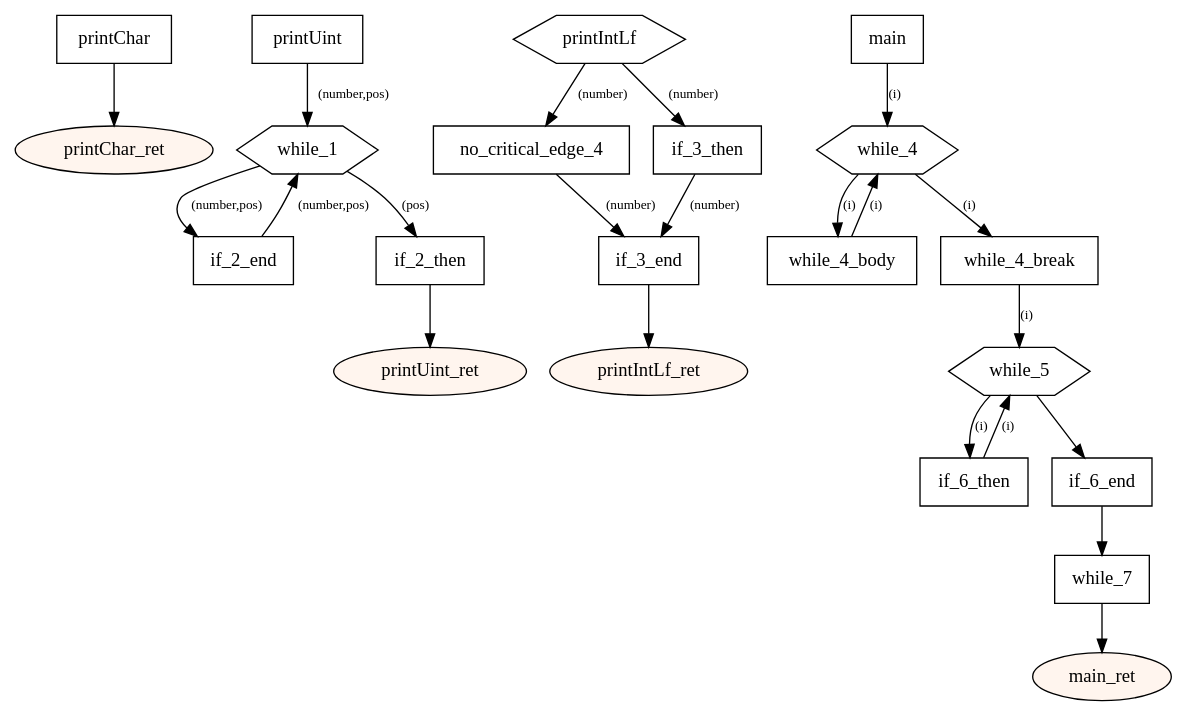
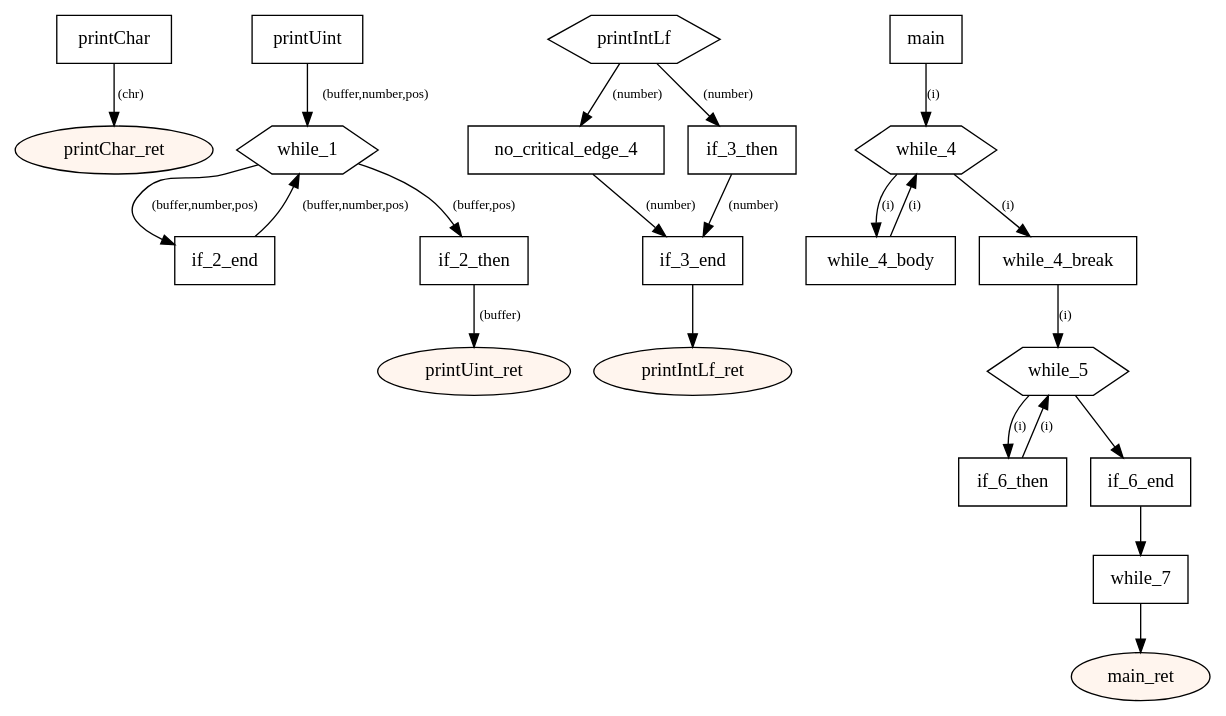
Before and after one commit to tmssngr/tinyC: the diagram in src/main/resources-test/while.dot, drawn with Graphviz. The commit also changed 41 other files, not shown here.

```diff
--- a/src/main/resources-test/while.dot
+++ b/src/main/resources-test/while.dot
@@ -1,53 +1,53 @@
 digraph program {
 	edge[fontsize="10pt"];
 	subgraph fn_printChar {
 		BasicBlock_0_printChar [label="printChar",shape=box];
-		BasicBlock_0_printChar -> BasicBlock_0_printChar_ret;
+		BasicBlock_0_printChar -> BasicBlock_0_printChar_ret [label="(chr)"];
 		BasicBlock_0_printChar_ret [label="printChar_ret",shape=oval,style=filled,fillcolor="#fff5ee"];
 	}
 	subgraph fn_printUint {
 		BasicBlock_1_printUint [label="printUint",shape=box];
-		BasicBlock_1_printUint -> BasicBlock_1_while_1 [label="(number,pos)"];
+		BasicBlock_1_printUint -> BasicBlock_1_while_1 [label="(buffer,number,pos)"];
 		BasicBlock_1_if_2_end [label="if_2_end",shape=box];
-		BasicBlock_1_if_2_end -> BasicBlock_1_while_1 [label="(number,pos)"];
+		BasicBlock_1_if_2_end -> BasicBlock_1_while_1 [label="(buffer,number,pos)"];
 		BasicBlock_1_while_1 [label="while_1",shape=hexagon];
-		BasicBlock_1_while_1 -> BasicBlock_1_if_2_end [label="(number,pos)"];
-		BasicBlock_1_while_1 -> BasicBlock_1_if_2_then [label="(pos)"];
+		BasicBlock_1_while_1 -> BasicBlock_1_if_2_end [label="(buffer,number,pos)"];
+		BasicBlock_1_while_1 -> BasicBlock_1_if_2_then [label="(buffer,pos)"];
 		BasicBlock_1_if_2_then [label="if_2_then",shape=box];
-		BasicBlock_1_if_2_then -> BasicBlock_1_printUint_ret;
+		BasicBlock_1_if_2_then -> BasicBlock_1_printUint_ret [label="(buffer)"];
 		BasicBlock_1_printUint_ret [label="printUint_ret",shape=oval,style=filled,fillcolor="#fff5ee"];
 	}
 	subgraph fn_printIntLf {
 		BasicBlock_2_printIntLf [label="printIntLf",shape=hexagon];
 		BasicBlock_2_printIntLf -> BasicBlock_2_no_critical_edge_4 [label="(number)"];
 		BasicBlock_2_printIntLf -> BasicBlock_2_if_3_then [label="(number)"];
 		BasicBlock_2_no_critical_edge_4 [label="no_critical_edge_4",shape=box];
 		BasicBlock_2_no_critical_edge_4 -> BasicBlock_2_if_3_end [label="(number)"];
 		BasicBlock_2_if_3_then [label="if_3_then",shape=box];
 		BasicBlock_2_if_3_then -> BasicBlock_2_if_3_end [label="(number)"];
 		BasicBlock_2_if_3_end [label="if_3_end",shape=box];
 		BasicBlock_2_if_3_end -> BasicBlock_2_printIntLf_ret;
 		BasicBlock_2_printIntLf_ret [label="printIntLf_ret",shape=oval,style=filled,fillcolor="#fff5ee"];
 	}
 	subgraph fn_main {
 		BasicBlock_3_main [label="main",shape=box];
 		BasicBlock_3_main -> BasicBlock_3_while_4 [label="(i)"];
 		BasicBlock_3_while_4_body [label="while_4_body",shape=box];
 		BasicBlock_3_while_4_body -> BasicBlock_3_while_4 [label="(i)"];
 		BasicBlock_3_while_4 [label="while_4",shape=hexagon];
 		BasicBlock_3_while_4 -> BasicBlock_3_while_4_break [label="(i)"];
 		BasicBlock_3_while_4 -> BasicBlock_3_while_4_body [label="(i)"];
 		BasicBlock_3_while_4_break [label="while_4_break",shape=box];
 		BasicBlock_3_while_4_break -> BasicBlock_3_while_5 [label="(i)"];
 		BasicBlock_3_if_6_then [label="if_6_then",shape=box];
 		BasicBlock_3_if_6_then -> BasicBlock_3_while_5 [label="(i)"];
 		BasicBlock_3_while_5 [label="while_5",shape=hexagon];
 		BasicBlock_3_while_5 -> BasicBlock_3_if_6_end;
 		BasicBlock_3_while_5 -> BasicBlock_3_if_6_then [label="(i)"];
 		BasicBlock_3_if_6_end [label="if_6_end",shape=box];
 		BasicBlock_3_if_6_end -> BasicBlock_3_while_7;
 		BasicBlock_3_while_7 [label="while_7",shape=box];
 		BasicBlock_3_while_7 -> BasicBlock_3_main_ret;
 		BasicBlock_3_main_ret [label="main_ret",shape=oval,style=filled,fillcolor="#fff5ee"];
 	}
 }
```
